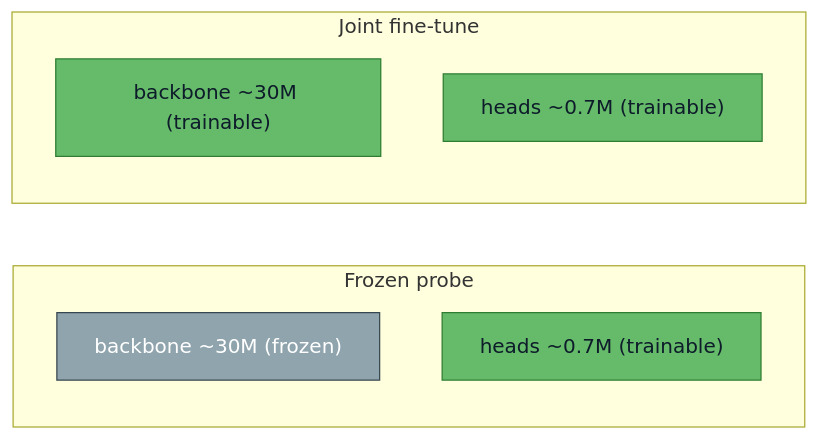
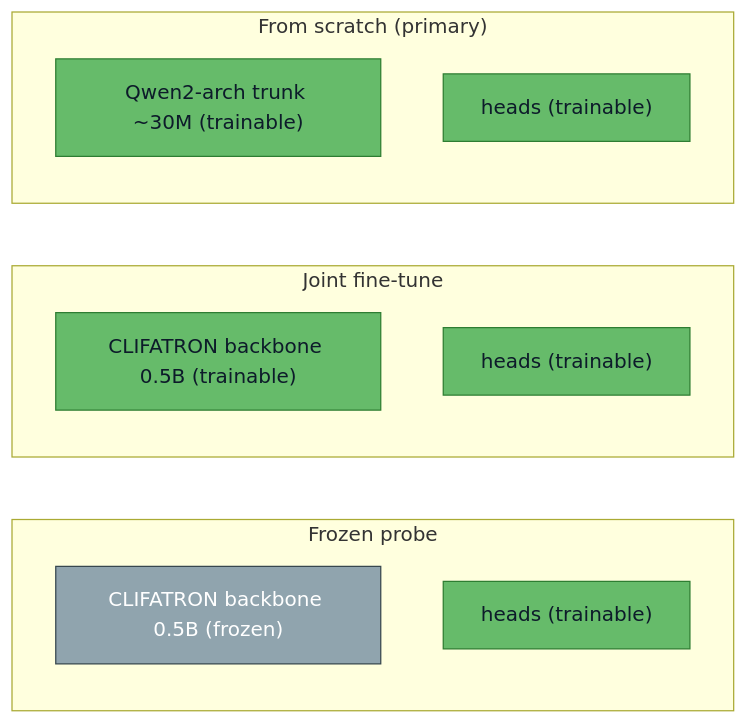
One commit to sajor2000/clifatron2.0 changed the second of 3 diagrams in website/docs/ablations.md. Above: the diagram before and after it, drawn with Mermaid. The commit also changed other lines of this file and 37 other files, not shown here.

````diff
--- a/website/docs/ablations.md
+++ b/website/docs/ablations.md
@@ -57,16 +65,20 @@
 ```mermaid
 flowchart LR
     subgraph FROZEN["Frozen probe"]
-        FB["backbone ~30M (frozen)"]
-        FH["heads ~0.7M (trainable)"]
+        FB["CLIFATRON backbone 0.5B (frozen)"]
+        FH["heads (trainable)"]
     end
     subgraph JOINT["Joint fine-tune"]
-        JB["backbone ~30M (trainable)"]
-        JH["heads ~0.7M (trainable)"]
+        JB["CLIFATRON backbone 0.5B (trainable)"]
+        JH["heads (trainable)"]
+    end
+    subgraph SCRATCH["From scratch (primary)"]
+        SB["Qwen2-arch trunk ~30M (trainable)"]
+        SH["heads (trainable)"]
     end
 
     classDef frozen fill:#90a4ae,stroke:#37474f,color:#fff;
     classDef train fill:#66bb6a,stroke:#2e7d32,color:#0d1b2a;
     class FB frozen;
-    class FH,JB,JH train;
+    class FH,JB,JH,SB,SH train;
 ```
````
